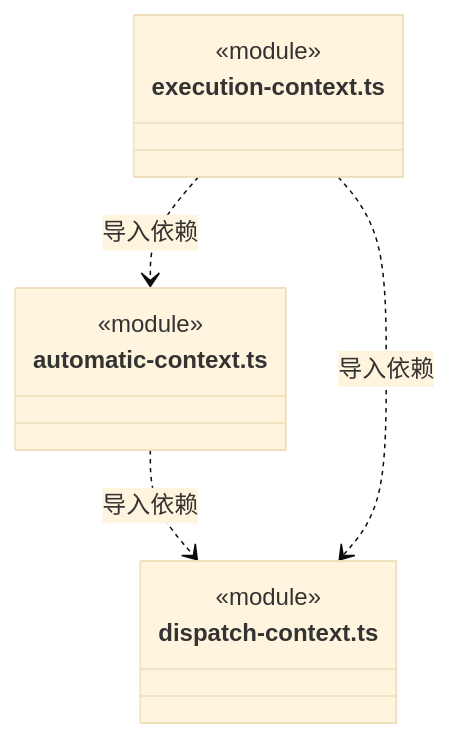
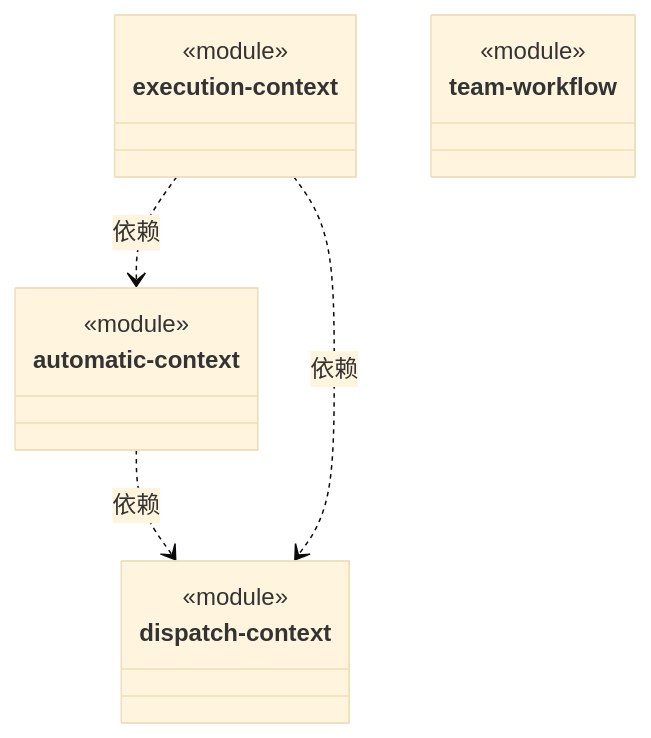
One commit to nan023062/cbim changed the diagram in src/logic/execution/context/ARCHITECTURE.md. Above: the diagram before and after it, drawn with Mermaid (base theme). The commit also changed other lines of this file and 158 other files, not shown here.

Commit message:
docs: model architecture through nested virtual encapsulations

````diff
--- a/src/logic/execution/context/ARCHITECTURE.md
+++ b/src/logic/execution/context/ARCHITECTURE.md
@@ -272,15 +22,22 @@
 ```mermaid
 classDiagram
-class N_src_logic_execution_context_automatic_context_ts["automatic-context.ts"] {
+class N_fc328fa4697d["automatic-context"] {
   <<module>>
 }
-class N_src_logic_execution_context_dispatch_context_ts["dispatch-context.ts"] {
+click N_fc328fa4697d href "automatic-context.ts"
+class N_6f67e519a5b5["dispatch-context"] {
   <<module>>
 }
-class N_src_logic_execution_context_execution_context_ts["execution-context.ts"] {
+click N_6f67e519a5b5 href "dispatch-context.ts"
+class N_1248f55bd915["execution-context"] {
   <<module>>
 }
-N_src_logic_execution_context_automatic_context_ts ..> N_src_logic_execution_context_dispatch_context_ts : 导入依赖
-N_src_logic_execution_context_execution_context_ts ..> N_src_logic_execution_context_automatic_context_ts : 导入依赖
-N_src_logic_execution_context_execution_context_ts ..> N_src_logic_execution_context_dispatch_context_ts : 导入依赖
+click N_1248f55bd915 href "execution-context.ts"
+class N_57389f69e8c2["team-workflow"] {
+  <<module>>
+}
+click N_57389f69e8c2 href "team-workflow.ts"
+N_fc328fa4697d ..> N_6f67e519a5b5 : 依赖
+N_1248f55bd915 ..> N_fc328fa4697d : 依赖
+N_1248f55bd915 ..> N_6f67e519a5b5 : 依赖
 ```
````
